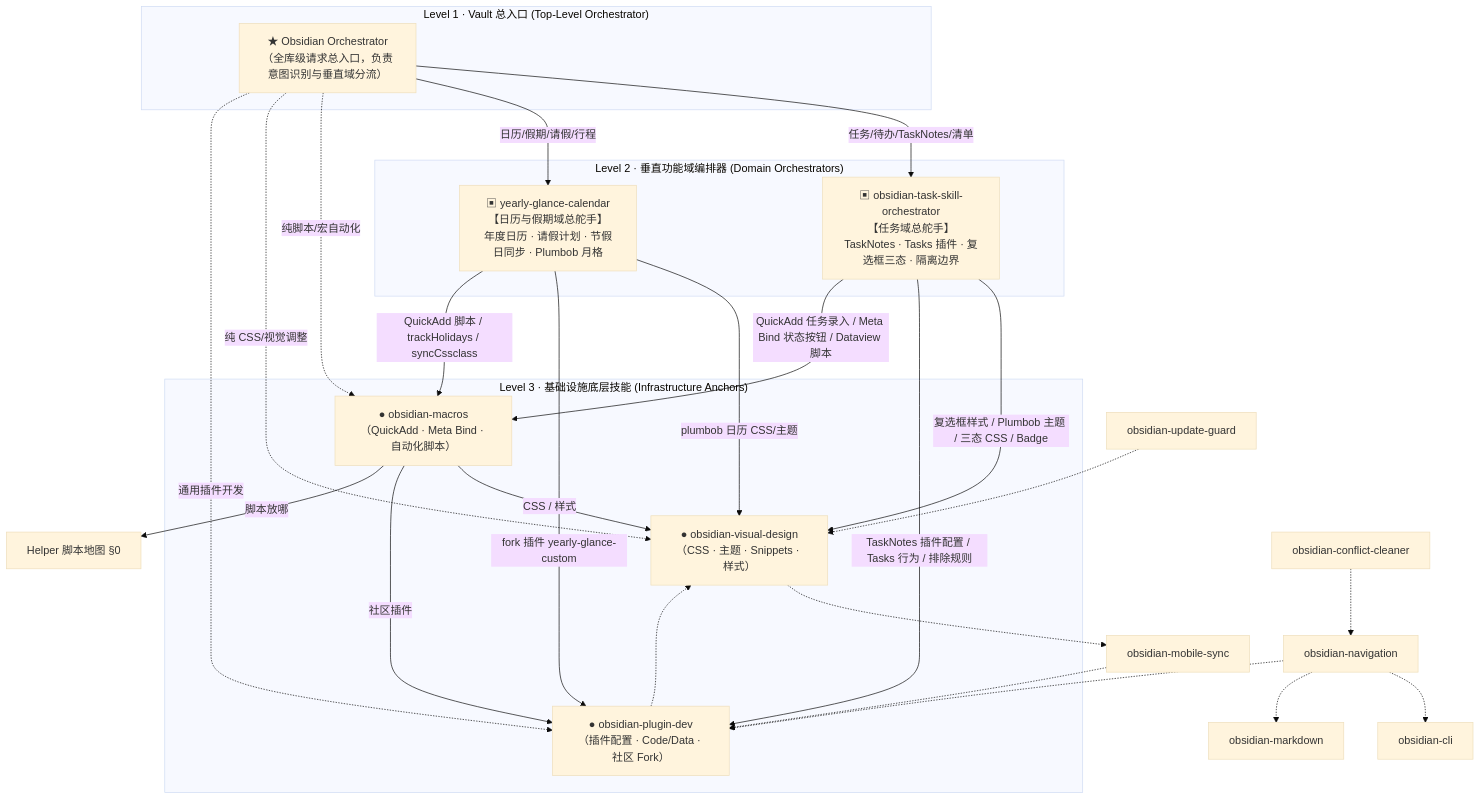
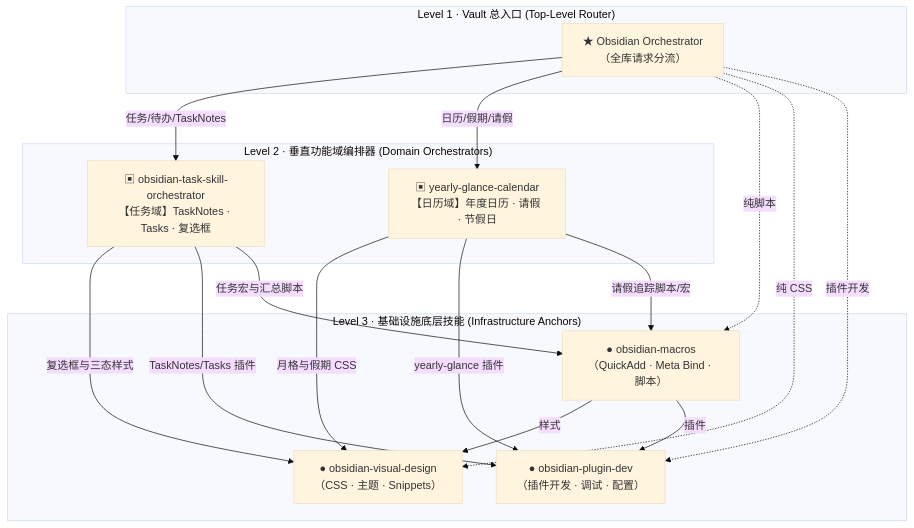
Before and after one commit to syyangv/obsidian-vault-scripts: the diagram in 说明书/Obsidian 技能编排关系.md, drawn with Mermaid (base theme).

Commit message:
fix: compact mermaid diagram to prevent overflow in note view

````diff
--- a/说明书/Obsidian 技能编排关系.md
+++ b/说明书/Obsidian 技能编排关系.md
@@ -12,48 +12,37 @@
 ```mermaid
 graph TD
-    subgraph L1["Level 1 · Vault 总入口 (Top-Level Orchestrator)"]
-        TOP["★ Obsidian Orchestrator<br/>（全库级请求总入口，负责意图识别与垂直域分流）"]
+    subgraph L1["Level 1 · Vault 总入口 (Top-Level Router)"]
+        TOP["★ Obsidian Orchestrator<br/>（全库请求分流）"]
     end
 
     subgraph L2["Level 2 · 垂直功能域编排器 (Domain Orchestrators)"]
-        TO["▣ obsidian-task-skill-orchestrator<br/>【任务域总舵手】<br/>TaskNotes · Tasks 插件 · 复选框三态 · 隔离边界"]
-        YG["▣ yearly-glance-calendar<br/>【日历与假期域总舵手】<br/>年度日历 · 请假计划 · 节假日同步 · Plumbob 月格"]
+        TO["▣ obsidian-task-skill-orchestrator<br/>【任务域】TaskNotes · Tasks · 复选框"]
+        YG["▣ yearly-glance-calendar<br/>【日历域】年度日历 · 请假 · 节假日"]
     end
 
     subgraph L3["Level 3 · 基础设施底层技能 (Infrastructure Anchors)"]
-        V["● obsidian-visual-design<br/>（CSS · 主题 · Snippets · 样式）"]
-        PD["● obsidian-plugin-dev<br/>（插件配置 · Code/Data · 社区 Fork）"]
-        M["● obsidian-macros<br/>（QuickAdd · Meta Bind · 自动化脚本）"]
+        V["● obsidian-visual-design<br/>（CSS · 主题 · Snippets）"]
+        PD["● obsidian-plugin-dev<br/>（插件开发 · 调试 · 配置）"]
+        M["● obsidian-macros<br/>（QuickAdd · Meta Bind · 脚本）"]
     end
 
     %% L1 委派给 L2
-    TOP -->|任务/待办/TaskNotes/清单| TO
-    TOP -->|日历/假期/请假/行程| YG
-    TOP -.->|纯脚本/宏自动化| M
-    TOP -.->|纯 CSS/视觉调整| V
-    TOP -.->|通用插件开发| PD
+    TOP -->|任务/待办/TaskNotes| TO
+    TOP -->|日历/假期/请假| YG
+    TOP -.->|纯脚本| M
+    TOP -.->|纯 CSS| V
+    TOP -.->|插件开发| PD
 
     %% L2 编排 L3
-    TO -->|复选框样式 / Plumbob 主题 / 三态 CSS / Badge| V
-    TO -->|TaskNotes 插件配置 / Tasks 行为 / 排除规则| PD
-    TO -->|QuickAdd 任务录入 / Meta Bind 状态按钮 / Dataview 脚本| M
+    TO -->|复选框与三态样式| V
+    TO -->|TaskNotes/Tasks 插件| PD
+    TO -->|任务宏与汇总脚本| M
 
-    YG -->|plumbob 日历 CSS/主题| V
-    YG -->|fork 插件 yearly-glance-custom| PD
-    YG -->|QuickAdd 脚本 / trackHolidays / syncCssclass| M
+    YG -->|月格与假期 CSS| V
+    YG -->|yearly-glance 插件| PD
+    YG -->|请假追踪脚本/宏| M
 
-    %% 基础设施锚点之间的声明式路由
-    M -->|CSS / 样式| V
-    M -->|社区插件| PD
-    M -->|脚本放哪| S0["Helper 脚本地图 §0"]
-
-    %% 兄弟技能辅助引用
-    PD -.-> V
-    UG["obsidian-update-guard"] -.-> V
-    MS["obsidian-mobile-sync"] -.-> PD
-    V -.-> MS
-    NAV["obsidian-navigation"] -.-> CLI["obsidian-cli"]
-    NAV -.-> MD["obsidian-markdown"]
-    NAV -.-> PD
-    CC["obsidian-conflict-cleaner"] -.-> NAV
+    %% 基础设施锚点协同
+    M -->|样式| V
+    M -->|插件| PD
 ```
````
